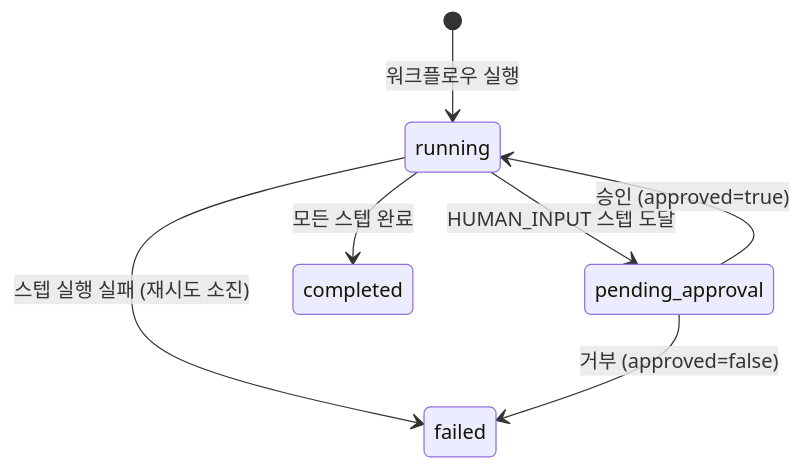
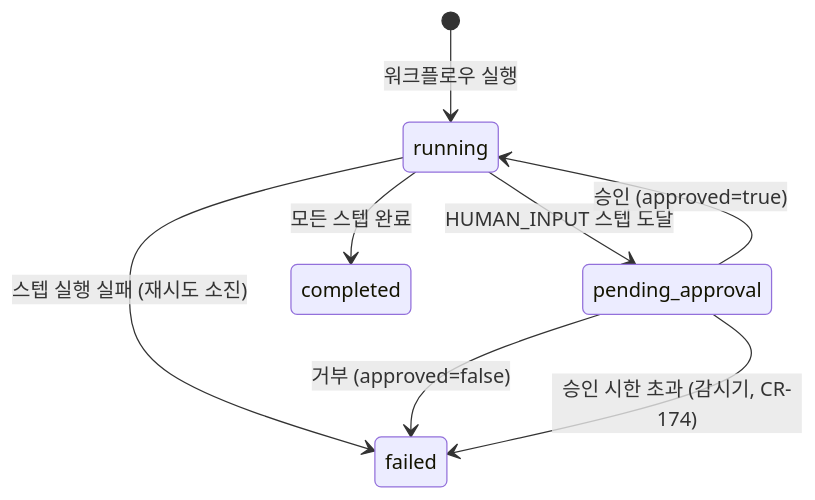
Before and after one commit to johnnykim7/aimbase: the fourth of 10 diagrams in docs/T1-5_FSM_상태_정의.md, drawn with Mermaid. The commit also changed other lines of this file and 11 other files, not shown here.

Commit message:
docs: 품고 변경 수리 워크플로우 설계 캐스케이드와 웹훅 계약 (CR-174)

````diff
--- a/docs/T1-5_FSM_상태_정의.md
+++ b/docs/T1-5_FSM_상태_정의.md
@@ -132,9 +132,10 @@
 ```mermaid
 stateDiagram-v2
     [*] --> running : 워크플로우 실행
     running --> pending_approval : HUMAN_INPUT 스텝 도달
     running --> completed : 모든 스텝 완료
     running --> failed : 스텝 실행 실패 (재시도 소진)
     pending_approval --> running : 승인 (approved=true)
     pending_approval --> failed : 거부 (approved=false)
+    pending_approval --> failed : 승인 시한 초과 (감시기, CR-174)
 ```
````
